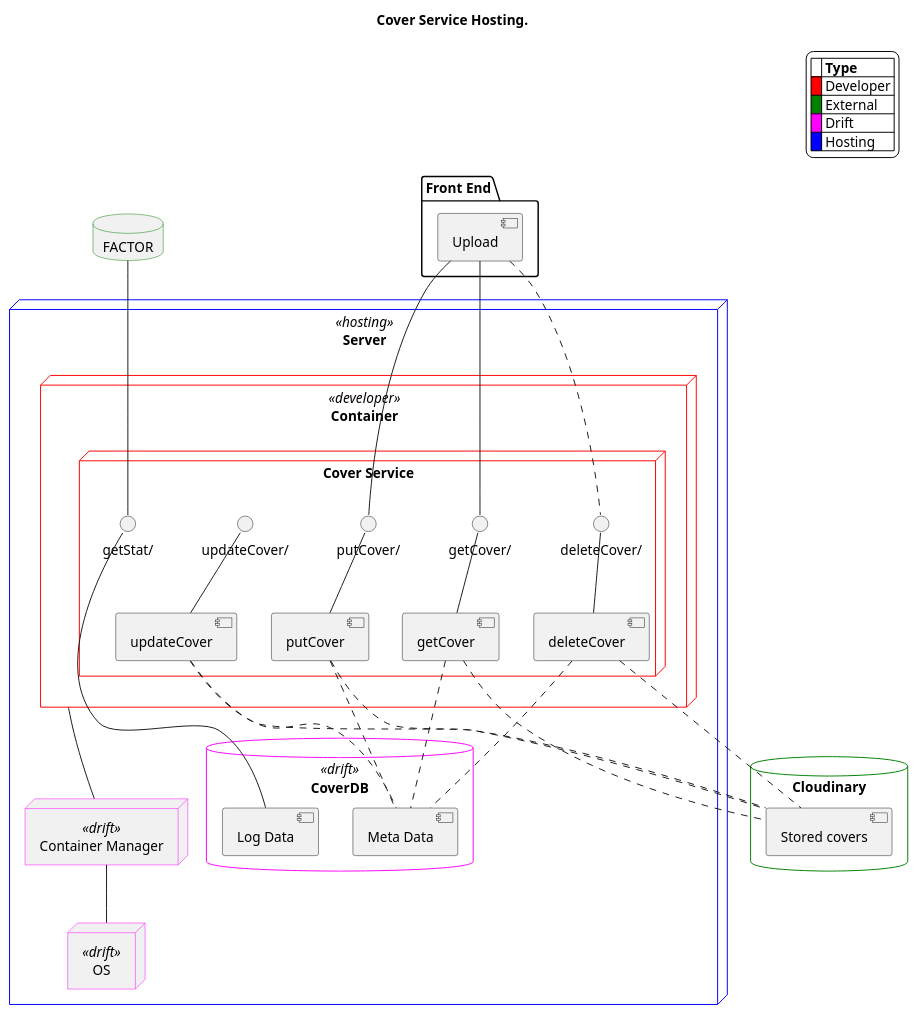
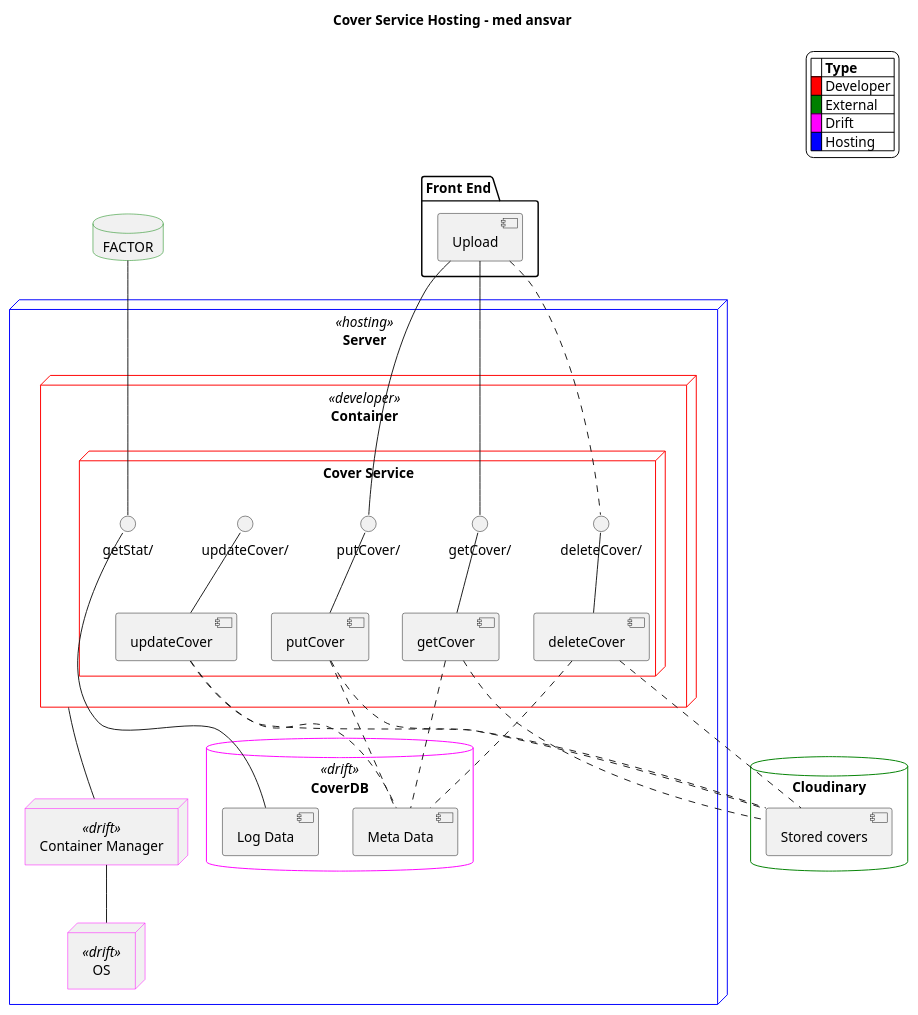
The diagram in docs/hosting/coverservicehosting.puml (danskernesdigitalebibliotek/plantuml), drawn with PlantUML before and after one commit.

```diff
--- a/docs/hosting/coverservicehosting.puml
+++ b/docs/hosting/coverservicehosting.puml
@@ -1,109 +1,109 @@
 @startuml
 
-title Cover Service Hosting.
+title Cover Service Hosting - med ansvar
 
 '>>> Skinparam
 skinparam LegendBackgroundColor White
 
 skinparam node {
 	'backgroundColor CM Yellow
 	borderColor<<drift>> Magenta
 	borderColor<<hosting>> Blue
 '	borderColor<<developer>> Red
 	borderColor Red
 	
 }
 
 skinparam database {
     borderColor Green
 '    borderColor<<shared node>> Magenta
     borderColor<<drift>> Magenta
 '    borderColor<<external>> Green
     borderColor<<hosting>> Blue
     borderThickness<<shared node>> 3
 }
 '<<< Skinparam
 
 
 legend top right
 |= |= Type |
 |<back:Red>   </back>| Developer |
 |<back:Green>   </back>| External |
 |<back:Magenta>   </back>| Drift |
 |<back:Blue>   </back>| Hosting |
 endlegend
 
 '>>> Components
 package "Front End" {
     component [Upload] as GUI
 }
 
 'database "FACTOR" <<external>> {
 database "FACTOR" {
 }
 
 node "Server"  <<hosting>> {
     node "Container" <<developer>> {
         node "Cover Service" as CS {
             [getCover]
             [putCover]
             [deleteCover]
             [updateCover]
         
             interface "getCover/" as GET
             interface "putCover/" as PUT
             interface "deleteCover/" as DELETE
             interface "updateCover/" as UPDATE
             interface "getStat/" as GETS
         }   /' Cover Service '/
     }   /' Container '/
 
     node "Container Manager" <<drift>> as CM {
     
     }
 
     database "CoverDB" <<drift>> {
         [Meta Data]
         [Log Data]
     }
     
     node "OS"  <<drift>> {
     
     }
 
 } /' Server '/
 
 database "Cloudinary" {
     [Stored covers]
 }
 
 '<<< Components
 
 '>>> Relations
 
 Container --- CM
 CM -down- OS
 
 GUI -- GET
 GUI -- PUT
 GUI .. DELETE
 
 GET -- [getCover]
 PUT -- [putCover]
 DELETE -- [deleteCover]
 UPDATE -- [updateCover]
 FACTOR -- GETS
 GETS -- [Log Data]
 
 [getCover] .. [Meta Data]
 [putCover] .. [Meta Data]
 [deleteCover] .. [Meta Data]
 [updateCover] .. [Meta Data]
 
 [getCover] .. [Stored covers]
 [putCover] .. [Stored covers]
 [deleteCover] .. [Stored covers]
 [updateCover] .. [Stored covers]
 
 '<<< Relations
 @enduml
```
